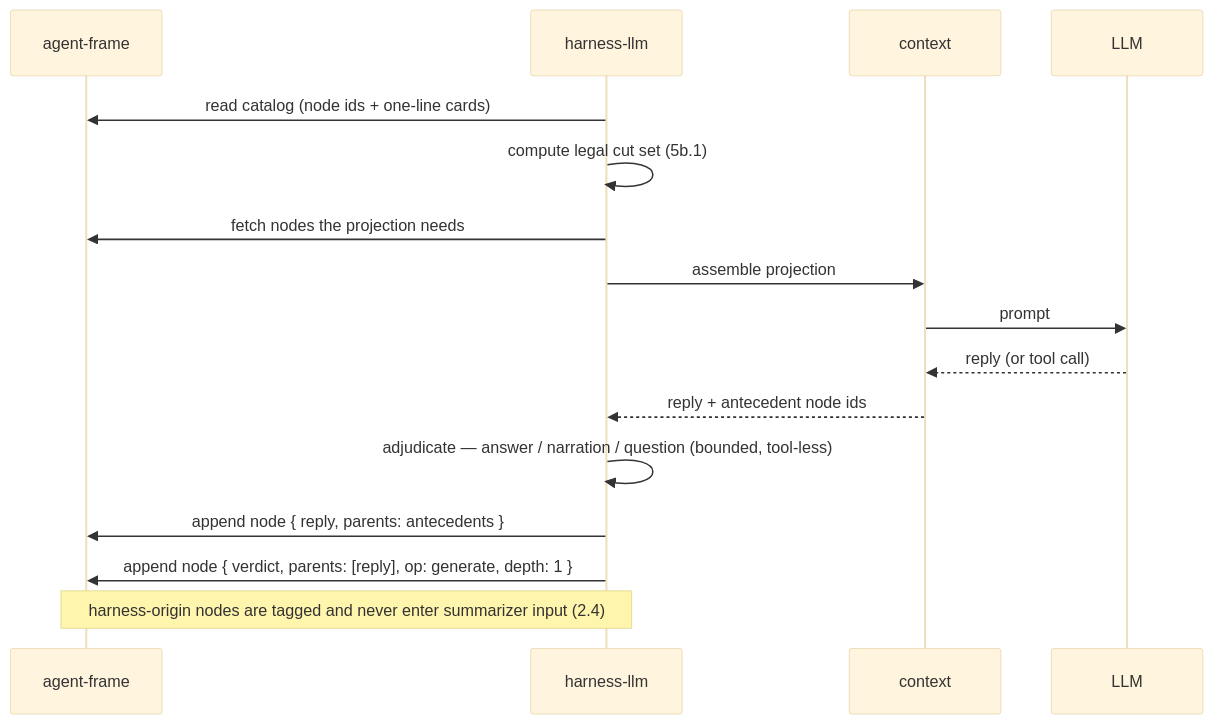
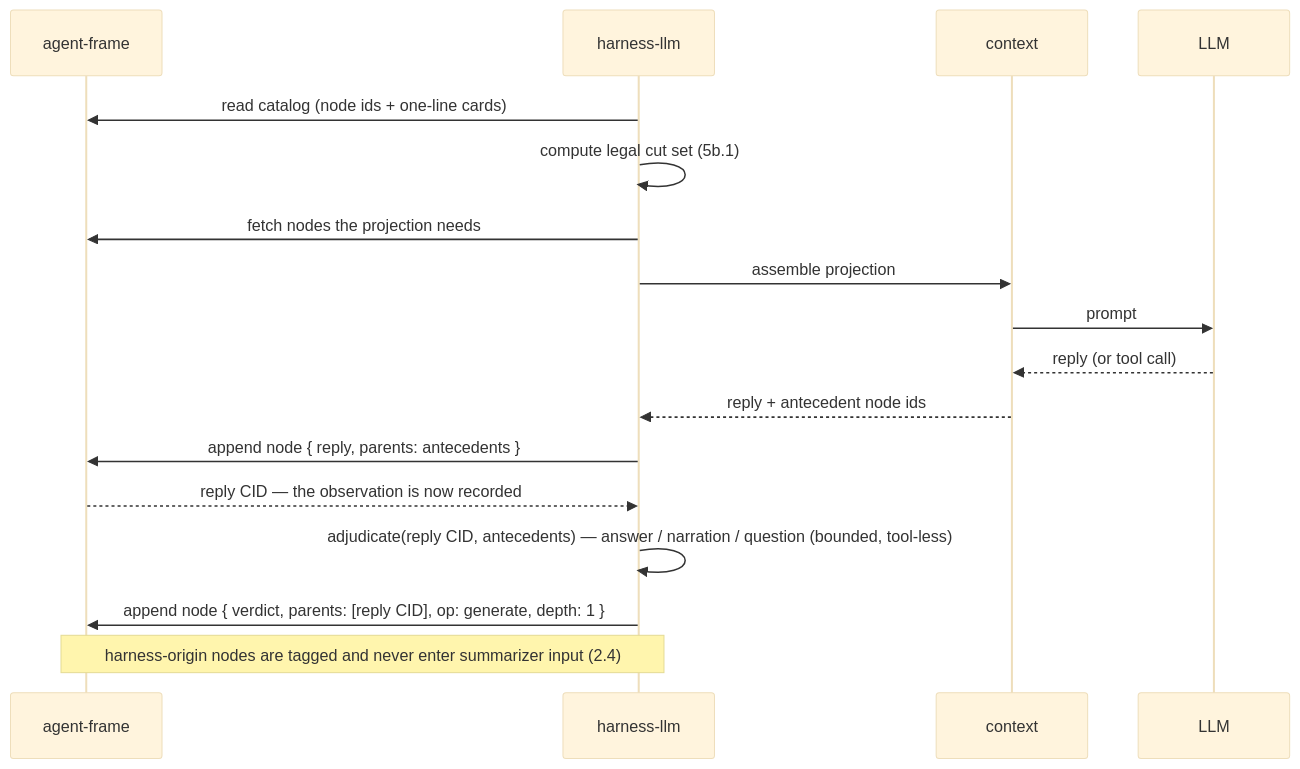
The second of 6 diagrams in docs/design/smart-harness.md (Gilamonster-Foundation/newt-agent), drawn with Mermaid (base theme) before and after one commit. The commit also changed other lines of this file, not shown here.

````diff
--- a/docs/design/smart-harness.md
+++ b/docs/design/smart-harness.md
@@ -86,18 +86,19 @@
 ```mermaid
 sequenceDiagram
     participant F as agent-frame
     participant H as harness-llm
     participant C as context
     participant M as LLM
     H->>F: read catalog (node ids + one-line cards)
     H->>H: compute legal cut set (5b.1)
     H->>F: fetch nodes the projection needs
     H->>C: assemble projection
     C->>M: prompt
     M-->>C: reply (or tool call)
     C-->>H: reply + antecedent node ids
-    H->>H: adjudicate — answer / narration / question (bounded, tool-less)
     H->>F: append node { reply, parents: antecedents }
-    H->>F: append node { verdict, parents: [reply], op: generate, depth: 1 }
+    F-->>H: reply CID — the observation is now recorded
+    H->>H: adjudicate(reply CID, antecedents) — answer / narration / question (bounded, tool-less)
+    H->>F: append node { verdict, parents: [reply CID], op: generate, depth: 1 }
     Note over H,F: harness-origin nodes are tagged and never enter summarizer input (2.4)
 ```
````
